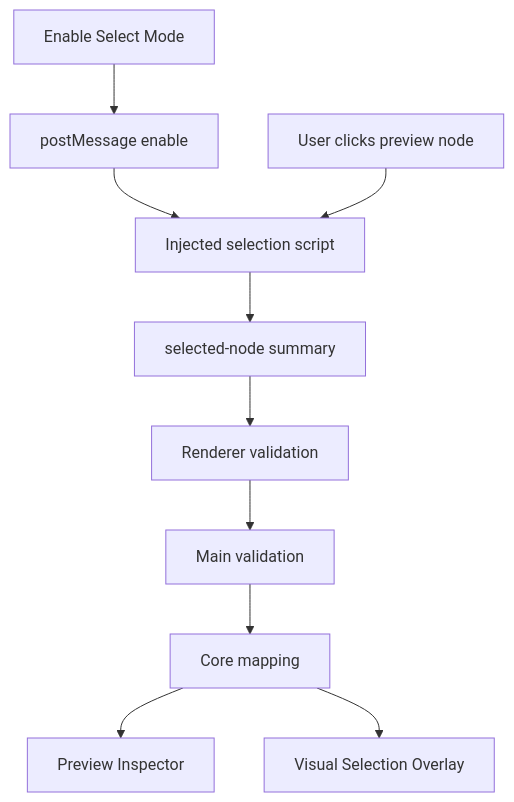
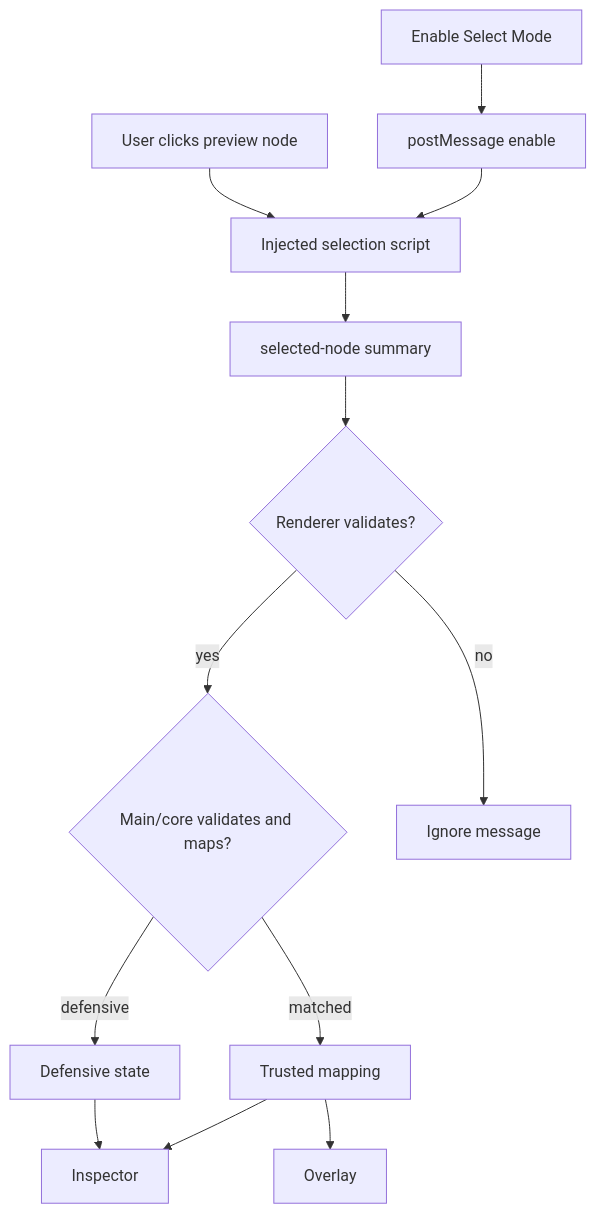
Before and after one commit to krestosa/Crystal: the diagram in docs/architecture/flows/preview-selection-flow.md, drawn with Mermaid. The commit also changed other lines of this file and 21 other files, not shown here.

Commit message:
Add richer architecture diagrams and state flows

````diff
--- a/docs/architecture/flows/preview-selection-flow.md
+++ b/docs/architecture/flows/preview-selection-flow.md
@@ -15,12 +66,15 @@
 ```mermaid
 flowchart TD
   Enable[Enable Select Mode] --> MessageIn[postMessage enable]
   MessageIn --> IframeScript[Injected selection script]
   Click[User clicks preview node] --> IframeScript
   IframeScript --> Summary[selected-node summary]
-  Summary --> RendererGuard[Renderer validation]
-  RendererGuard --> MainGuard[Main validation]
-  MainGuard --> Mapping[Core mapping]
-  Mapping --> Inspector[Preview Inspector]
-  Mapping --> Overlay[Visual Selection Overlay]
+  Summary --> RendererGuard{Renderer validates?}
+  RendererGuard -->|yes| MainGuard{Main/core validates and maps?}
+  RendererGuard -->|no| Ignore[Ignore message]
+  MainGuard -->|matched| Matched[Trusted mapping]
+  MainGuard -->|defensive| Defensive[Defensive state]
+  Matched --> Inspector[Inspector]
+  Matched --> Overlay[Overlay]
+  Defensive --> Inspector
 ```
````
